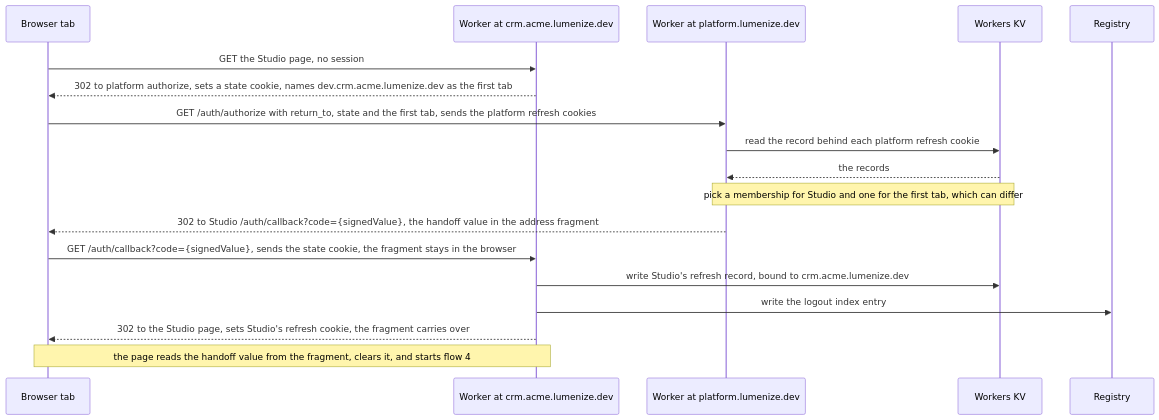
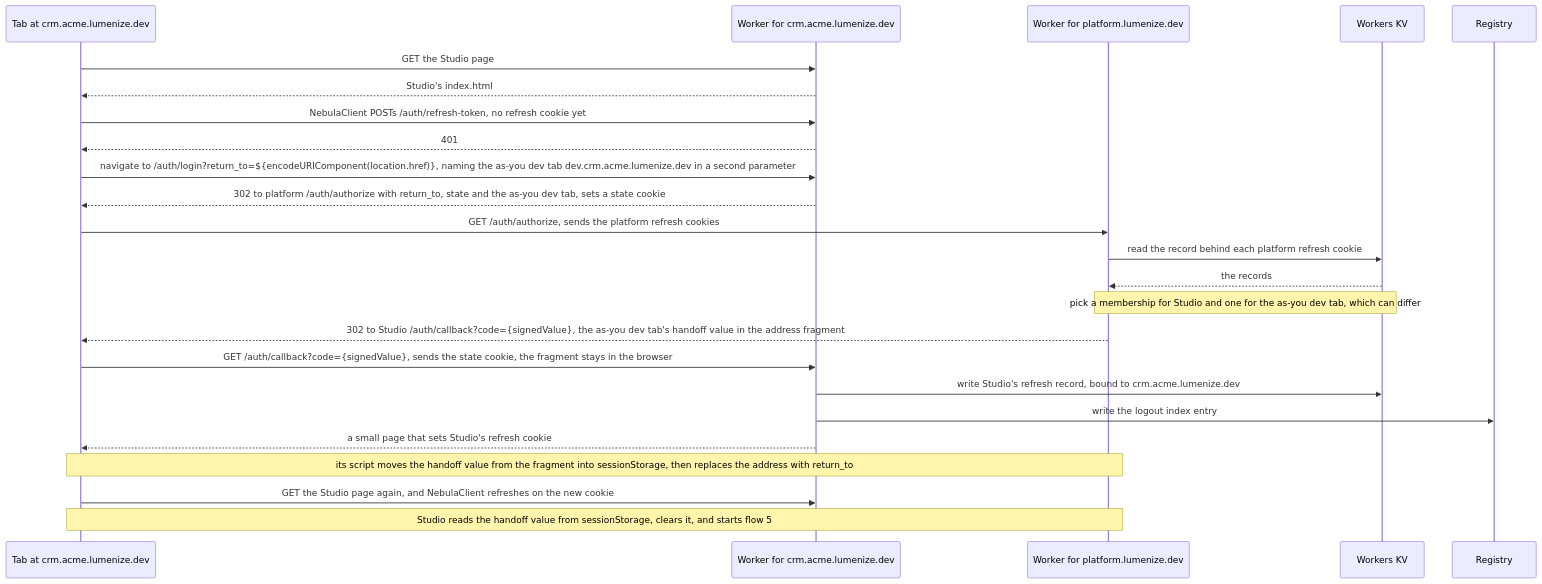
The fourth of 7 diagrams in tasks/sessions-per-origin.md (lumenize/lumenize), drawn with Mermaid before and after one commit. The commit also changed other lines of this file and 5 other files, not shown here.

First line of the commit message:
docs(sessions): client-started sessions, the as-you dev tab, and ADR-021's review

````diff
--- a/tasks/sessions-per-origin.md
+++ b/tasks/sessions-per-origin.md
@@ -135,21 +166,27 @@
 ```mermaid
 sequenceDiagram
-    participant B as Browser tab
-    participant ST as Worker at crm.acme.lumenize.dev
-    participant P as Worker at platform.lumenize.dev
+    participant B as Tab at crm.acme.lumenize.dev
+    participant ST as Worker for crm.acme.lumenize.dev
+    participant P as Worker for platform.lumenize.dev
     participant K as Workers KV
     participant R as Registry
 
-    B->>ST: GET the Studio page, no session
-    ST-->>B: 302 to platform authorize, sets a state cookie, names dev.crm.acme.lumenize.dev as the first tab
-    B->>P: GET /auth/authorize with return_to, state and the first tab, sends the platform refresh cookies
+    B->>ST: GET the Studio page
+    ST-->>B: Studio's index.html
+    B->>ST: NebulaClient POSTs /auth/refresh-token, no refresh cookie yet
+    ST-->>B: 401
+    B->>ST: navigate to /auth/login?return_to=${encodeURIComponent(location.href)}, naming the as-you dev tab dev.crm.acme.lumenize.dev in a second parameter
+    ST-->>B: 302 to platform /auth/authorize with return_to, state and the as-you dev tab, sets a state cookie
+    B->>P: GET /auth/authorize, sends the platform refresh cookies
     P->>K: read the record behind each platform refresh cookie
     K-->>P: the records
-    Note over P,K: pick a membership for Studio and one for the first tab, which can differ
-    P-->>B: 302 to Studio /auth/callback?code={signedValue}, the handoff value in the address fragment
+    Note over P,K: pick a membership for Studio and one for the as-you dev tab, which can differ
+    P-->>B: 302 to Studio /auth/callback?code={signedValue}, the as-you dev tab's handoff value in the address fragment
     B->>ST: GET /auth/callback?code={signedValue}, sends the state cookie, the fragment stays in the browser
     ST->>K: write Studio's refresh record, bound to crm.acme.lumenize.dev
     ST->>R: write the logout index entry
-    ST-->>B: 302 to the Studio page, sets Studio's refresh cookie, the fragment carries over
-    Note over B,ST: the page reads the handoff value from the fragment, clears it, and starts flow 4
+    ST-->>B: a small page that sets Studio's refresh cookie
+    Note over B,P: its script moves the handoff value from the fragment into sessionStorage, then replaces the address with return_to
+    B->>ST: GET the Studio page again, and NebulaClient refreshes on the new cookie
+    Note over B,P: Studio reads the handoff value from sessionStorage, clears it, and starts flow 5
 ```
````
